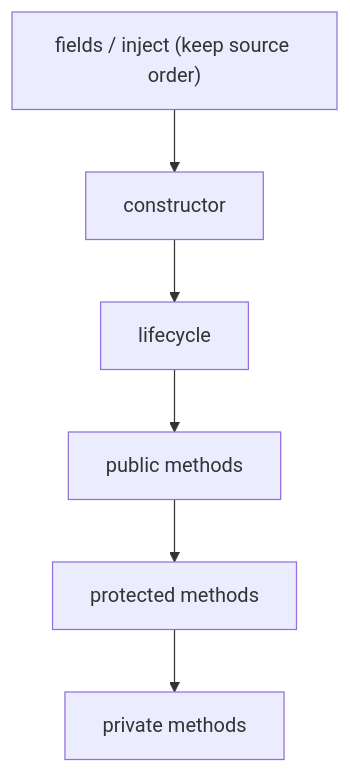
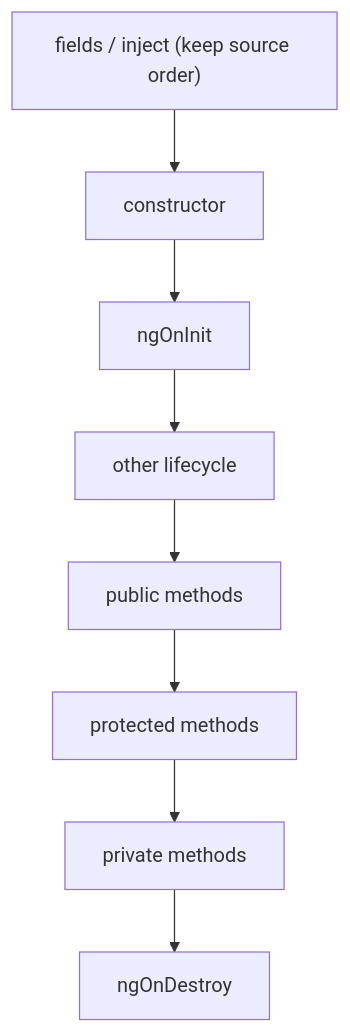
One commit to Myxelium/JunoLint changed the second of 3 diagrams in RULES.md. Above: the diagram before and after it, drawn with Mermaid. The commit also changed other lines of this file and 23 other files, not shown here.

````diff
--- a/RULES.md
+++ b/RULES.md
@@ -92,8 +118,10 @@
 ```mermaid
 flowchart TB
   F["fields / inject (keep source order)"] --> C[constructor]
-  C --> L[lifecycle]
+  C --> I[ngOnInit]
+  I --> L[other lifecycle]
   L --> P[public methods]
   P --> V[protected methods]
   V --> R[private methods]
+  R --> D[ngOnDestroy]
 ```
````
